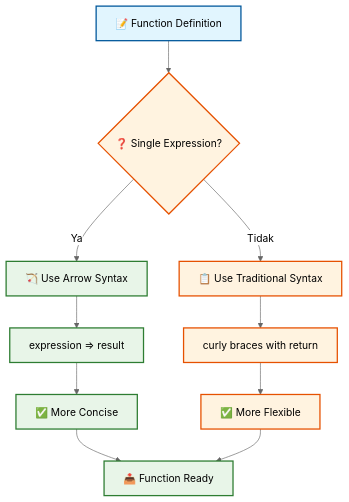
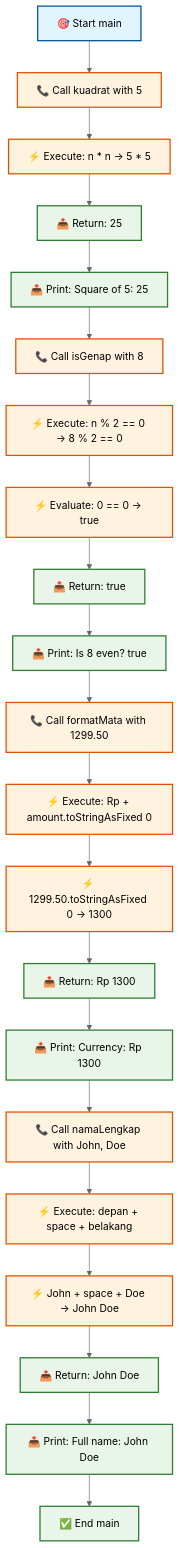
One commit to antonprafanto/flutter changed the ninth of 15 diagrams in minggu2.md. Above: the diagram before and after it, drawn with Mermaid (neutral theme). The commit also changed other lines of this file, not shown here.

````diff
--- a/minggu2.md
+++ b/minggu2.md
@@ -575,22 +723,45 @@
 ```mermaid
 flowchart TD
-    A[📝 Function Definition] --> B{❓ Single Expression?}
-    B -->|Ya| C[🏹 Use Arrow Syntax]
-    B -->|Tidak| D[📋 Use Traditional Syntax]
-    C --> E[expression => result]
-    D --> F[curly braces with return]
-    E --> G[✅ More Concise]
-    F --> H[✅ More Flexible]
-    G --> I[📤 Function Ready]
-    H --> I
+    A[🎯 Start main] --> B[📞 Call kuadrat with 5]
+    B --> C[⚡ Execute: n * n → 5 * 5]
+    C --> D[📤 Return: 25]
+    D --> E[📤 Print: Square of 5: 25]
+    E --> F[📞 Call isGenap with 8]
+    F --> G[⚡ Execute: n % 2 == 0 → 8 % 2 == 0]
+    G --> H[⚡ Evaluate: 0 == 0 → true]
+    H --> I[📤 Return: true]
+    I --> J[📤 Print: Is 8 even? true]
+    J --> K[📞 Call formatMata with 1299.50]
+    K --> L[⚡ Execute: Rp + amount.toStringAsFixed 0]
+    L --> M[⚡ 1299.50.toStringAsFixed 0 → 1300]
+    M --> N[📤 Return: Rp 1300]
+    N --> O[📤 Print: Currency: Rp 1300]
+    O --> P[📞 Call namaLengkap with John, Doe]
+    P --> Q[⚡ Execute: depan + space + belakang]
+    Q --> R[⚡ John + space + Doe → John Doe]
+    R --> S[📤 Return: John Doe]
+    S --> T[📤 Print: Full name: John Doe]
+    T --> U[✅ End main]
     
     style A fill:#e1f5fe,stroke:#01579b,stroke-width:2px,color:#000
     style B fill:#fff3e0,stroke:#e65100,stroke-width:2px,color:#000
-    style C fill:#e8f5e8,stroke:#2e7d32,stroke-width:2px,color:#000
-    style D fill:#fff3e0,stroke:#e65100,stroke-width:2px,color:#000
+    style C fill:#fff3e0,stroke:#e65100,stroke-width:2px,color:#000
+    style D fill:#e8f5e8,stroke:#2e7d32,stroke-width:2px,color:#000
     style E fill:#e8f5e8,stroke:#2e7d32,stroke-width:2px,color:#000
     style F fill:#fff3e0,stroke:#e65100,stroke-width:2px,color:#000
-    style G fill:#e8f5e8,stroke:#2e7d32,stroke-width:2px,color:#000
+    style G fill:#fff3e0,stroke:#e65100,stroke-width:2px,color:#000
     style H fill:#fff3e0,stroke:#e65100,stroke-width:2px,color:#000
     style I fill:#e8f5e8,stroke:#2e7d32,stroke-width:2px,color:#000
+    style J fill:#e8f5e8,stroke:#2e7d32,stroke-width:2px,color:#000
+    style K fill:#fff3e0,stroke:#e65100,stroke-width:2px,color:#000
+    style L fill:#fff3e0,stroke:#e65100,stroke-width:2px,color:#000
+    style M fill:#fff3e0,stroke:#e65100,stroke-width:2px,color:#000
+    style N fill:#e8f5e8,stroke:#2e7d32,stroke-width:2px,color:#000
+    style O fill:#e8f5e8,stroke:#2e7d32,stroke-width:2px,color:#000
+    style P fill:#fff3e0,stroke:#e65100,stroke-width:2px,color:#000
+    style Q fill:#fff3e0,stroke:#e65100,stroke-width:2px,color:#000
+    style R fill:#fff3e0,stroke:#e65100,stroke-width:2px,color:#000
+    style S fill:#e8f5e8,stroke:#2e7d32,stroke-width:2px,color:#000
+    style T fill:#e8f5e8,stroke:#2e7d32,stroke-width:2px,color:#000
+    style U fill:#e8f5e8,stroke:#2e7d32,stroke-width:2px,color:#000
 ```
````
